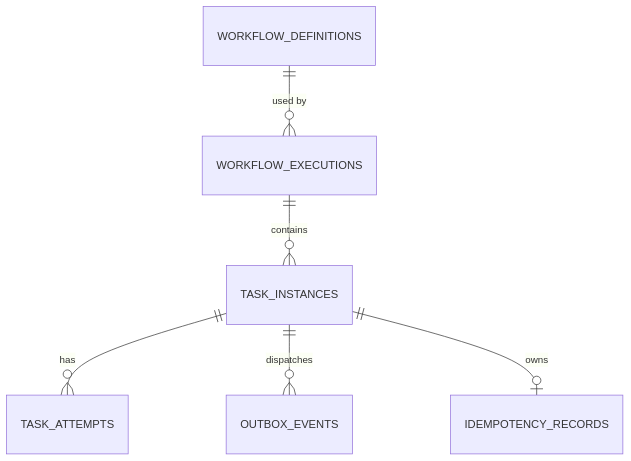
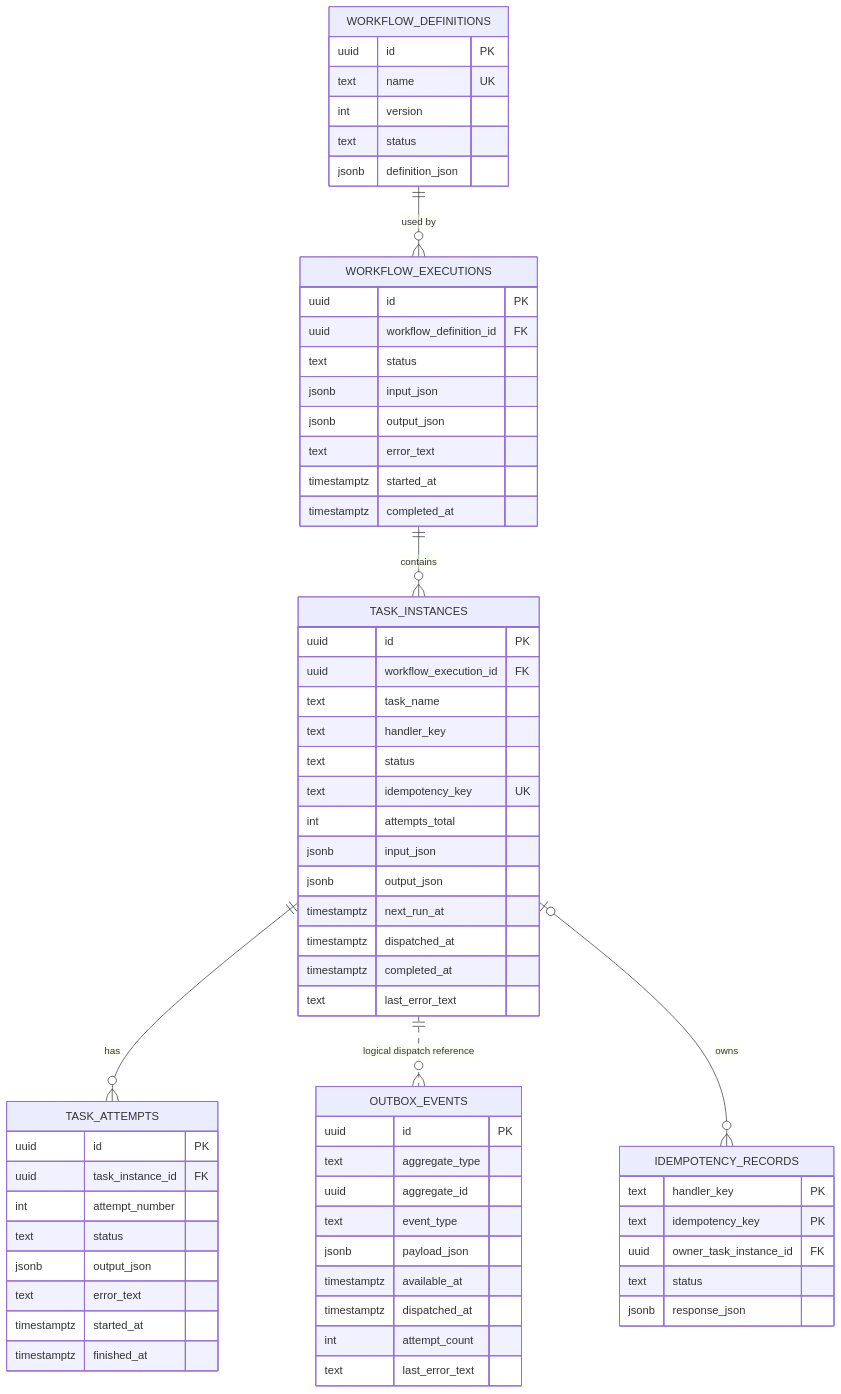
Before and after one commit to codetitan9999/DurableWorkFlowEngine: the second of 4 diagrams in ARCHITECTURE.md, drawn with Mermaid. The commit also changed other lines of this file, not shown here.

Commit message:
Restore detailed ER diagram with current schema keys

````diff
--- a/ARCHITECTURE.md
+++ b/ARCHITECTURE.md
@@ -165,8 +165,69 @@
 ```mermaid
 erDiagram
     WORKFLOW_DEFINITIONS ||--o{ WORKFLOW_EXECUTIONS : "used by"
     WORKFLOW_EXECUTIONS ||--o{ TASK_INSTANCES : "contains"
     TASK_INSTANCES ||--o{ TASK_ATTEMPTS : "has"
-    TASK_INSTANCES ||--o{ OUTBOX_EVENTS : "dispatches"
-    TASK_INSTANCES ||--o| IDEMPOTENCY_RECORDS : "owns"
+    TASK_INSTANCES ||..o{ OUTBOX_EVENTS : "logical dispatch reference"
+    TASK_INSTANCES |o--o{ IDEMPOTENCY_RECORDS : "owns"
+
+    WORKFLOW_DEFINITIONS {
+        uuid id PK
+        text name UK
+        int version
+        text status
+        jsonb definition_json
+    }
+    WORKFLOW_EXECUTIONS {
+        uuid id PK
+        uuid workflow_definition_id FK
+        text status
+        jsonb input_json
+        jsonb output_json
+        text error_text
+        timestamptz started_at
+        timestamptz completed_at
+    }
+    TASK_INSTANCES {
+        uuid id PK
+        uuid workflow_execution_id FK
+        text task_name
+        text handler_key
+        text status
+        text idempotency_key UK
+        int attempts_total
+        jsonb input_json
+        jsonb output_json
+        timestamptz next_run_at
+        timestamptz dispatched_at
+        timestamptz completed_at
+        text last_error_text
+    }
+    TASK_ATTEMPTS {
+        uuid id PK
+        uuid task_instance_id FK
+        int attempt_number
+        text status
+        jsonb output_json
+        text error_text
+        timestamptz started_at
+        timestamptz finished_at
+    }
+    OUTBOX_EVENTS {
+        uuid id PK
+        text aggregate_type
+        uuid aggregate_id
+        text event_type
+        jsonb payload_json
+        timestamptz available_at
+        timestamptz dispatched_at
+        int attempt_count
+        text last_error_text
+    }
+    IDEMPOTENCY_RECORDS {
+        text handler_key PK
+        text idempotency_key PK
+        uuid owner_task_instance_id FK
+        text status
+        jsonb response_json
+    }
 ```
````
